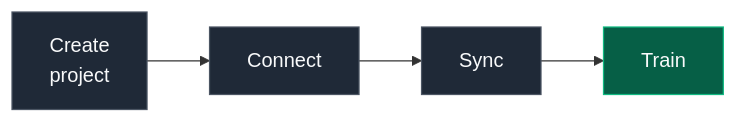
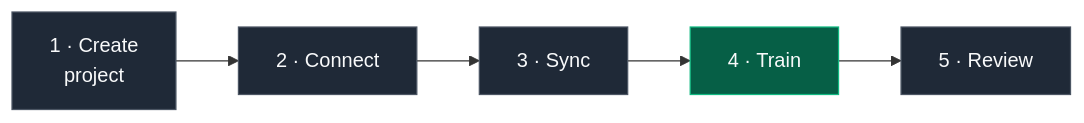
One commit to Noctillio-Ai/NightFlow changed the second of 3 diagrams in README.md. Above: the diagram before and after it, drawn with Mermaid. The commit also changed other lines of this file and 6 other files, not shown here.

````diff
--- a/README.md
+++ b/README.md
@@ -169,8 +230,9 @@
 ```mermaid
 graph LR
-    A["Create<br/>project"] --> B["Connect"] --> C["Sync"] --> D["Train"]
+    A["1 · Create<br/>project"] --> B["2 · Connect"] --> C["3 · Sync"] --> D["4 · Train"] --> E["5 · Review"]
     style A fill:#1f2937,stroke:#4b5563,color:#f9fafb
     style B fill:#1f2937,stroke:#4b5563,color:#f9fafb
     style C fill:#1f2937,stroke:#4b5563,color:#f9fafb
     style D fill:#065f46,stroke:#10b981,color:#f9fafb
+    style E fill:#1f2937,stroke:#4b5563,color:#f9fafb
 ```
````
